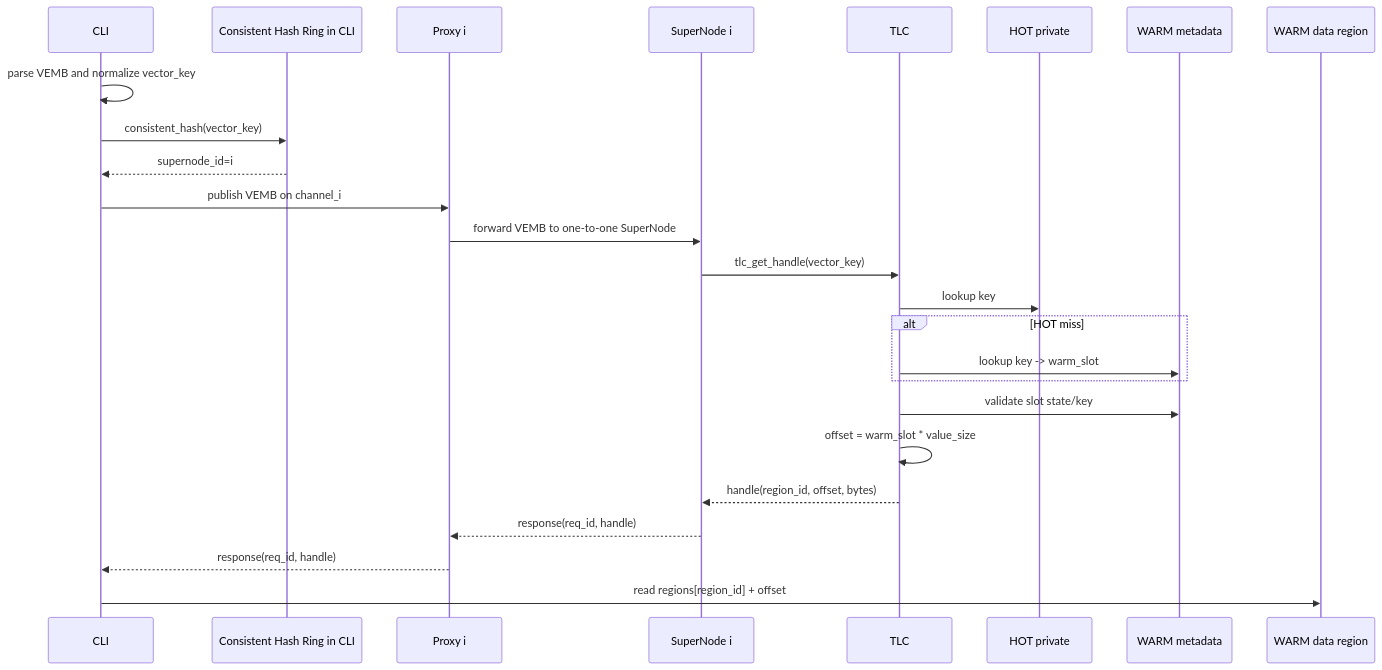
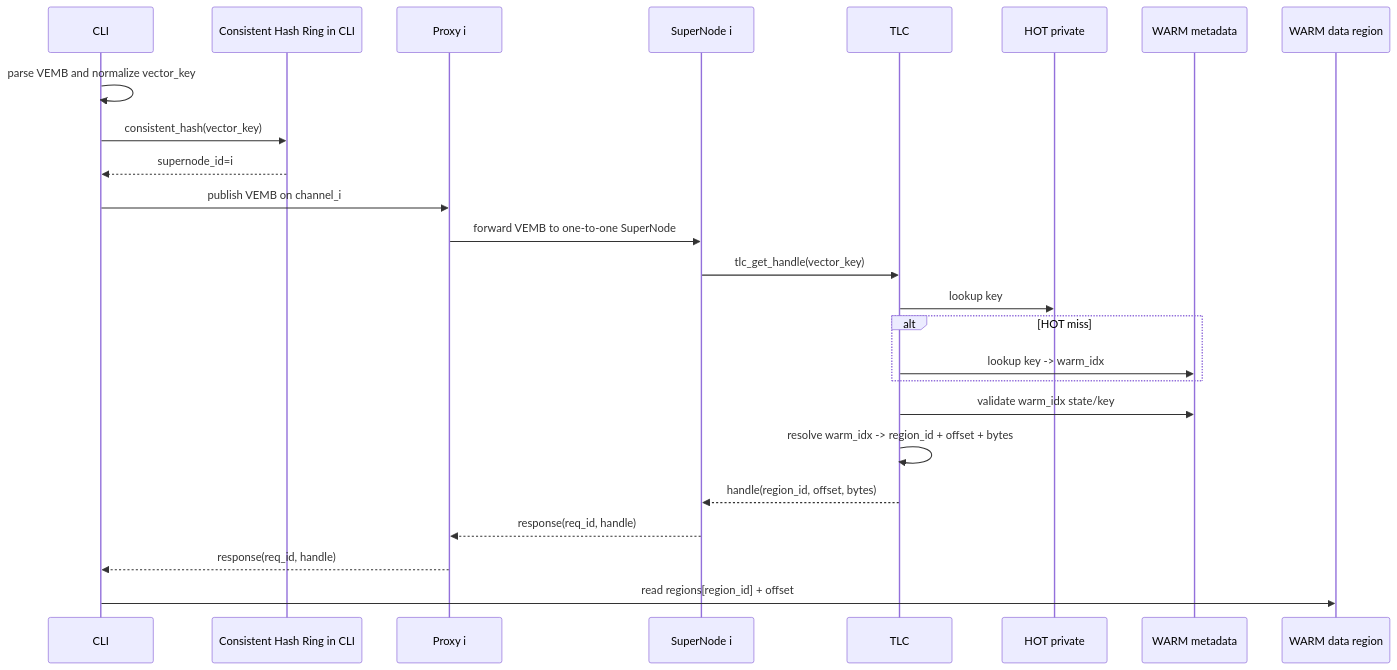
The fifth of 5 diagrams in docs/VEMB_V16_MULTI_SUPERNODE_HASH_RING_DESIGN.md (jialiuyu/redis), drawn with Mermaid before and after one commit. The commit also changed other lines of this file and 22 other files, not shown here.

````diff
--- a/docs/VEMB_V16_MULTI_SUPERNODE_HASH_RING_DESIGN.md
+++ b/docs/VEMB_V16_MULTI_SUPERNODE_HASH_RING_DESIGN.md
@@ -269,28 +284,28 @@
 ```mermaid
 sequenceDiagram
     participant CLI as CLI
     participant HR as Consistent Hash Ring in CLI
     participant P as Proxy i
     participant SN as SuperNode i
     participant TLC as TLC
     participant HOT as HOT private
     participant WMETA as WARM metadata
     participant WDATA as WARM data region
 
     CLI->>CLI: parse VEMB and normalize vector_key
     CLI->>HR: consistent_hash(vector_key)
     HR-->>CLI: supernode_id=i
     CLI->>P: publish VEMB on channel_i
     P->>SN: forward VEMB to one-to-one SuperNode
     SN->>TLC: tlc_get_handle(vector_key)
     TLC->>HOT: lookup key
     alt HOT miss
-        TLC->>WMETA: lookup key -> warm_slot
+        TLC->>WMETA: lookup key -> warm_idx
     end
-    TLC->>WMETA: validate slot state/key
-    TLC->>TLC: offset = warm_slot * value_size
+    TLC->>WMETA: validate warm_idx state/key
+    TLC->>TLC: resolve warm_idx -> region_id + offset + bytes
     TLC-->>SN: handle(region_id, offset, bytes)
     SN-->>P: response(req_id, handle)
     P-->>CLI: response(req_id, handle)
     CLI->>WDATA: read regions[region_id] + offset
 ```
````
